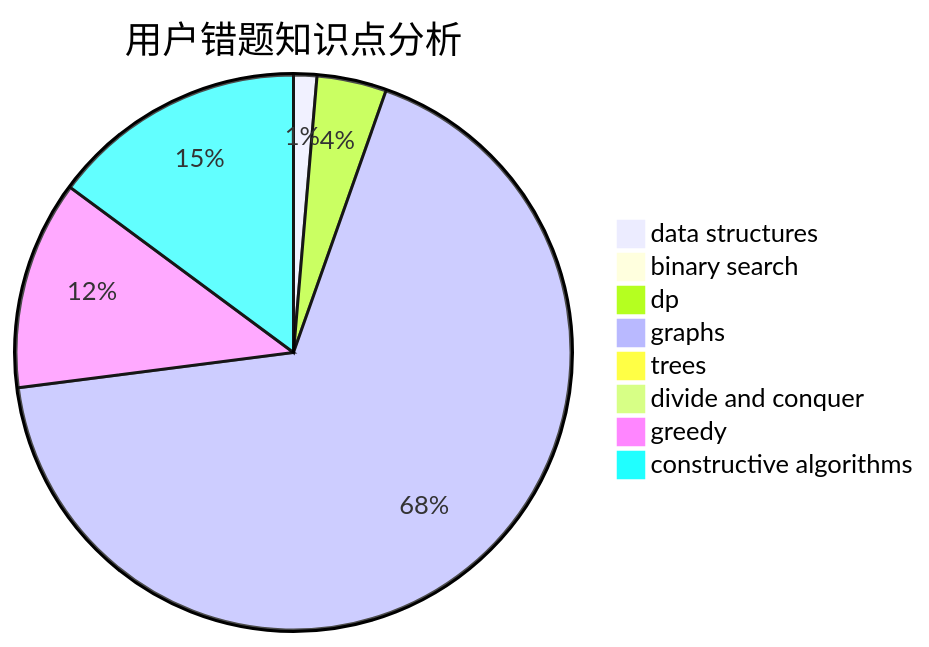
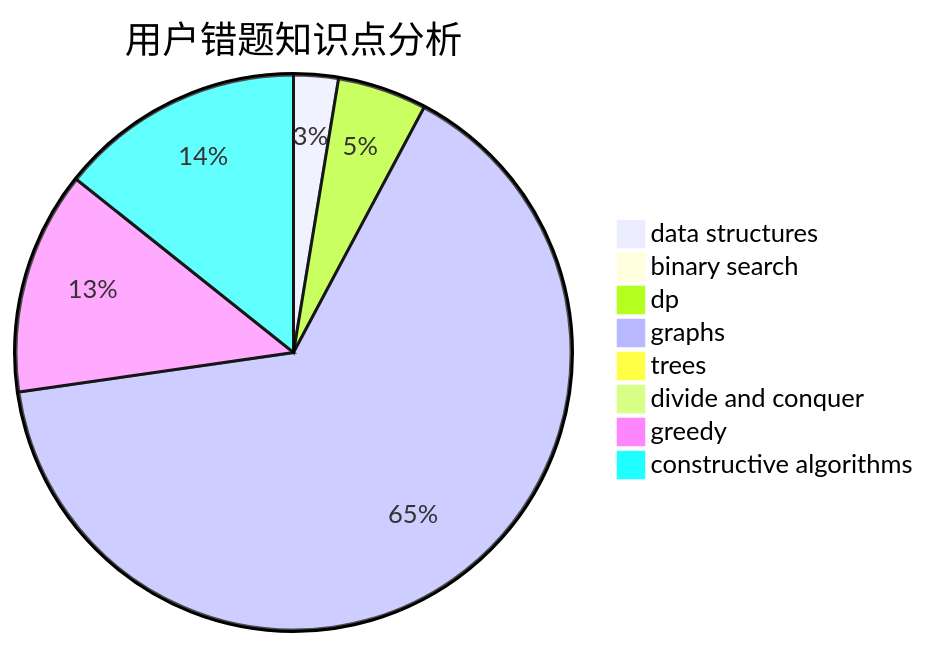
Before and after one commit to sherpahu/cfrs.github.io: the third of 3 diagrams in docs/user/u92.md, drawn with Mermaid. The commit also changed other lines of this file and 2770 other files, not shown here.

````diff
--- a/docs/user/u92.md
+++ b/docs/user/u92.md
@@ -36,11 +36,11 @@
 ```mermaid
 pie title 用户错题知识点分析
-    "data structures" :  1
+    "data structures" :  2
     "binary search" :  0
-    "dp" :  3
+    "dp" :  4
     "graphs" :  50
     "trees" :  0
     "divide and conquer" :  0
-    "greedy" :  9
+    "greedy" :  10
     "constructive algorithms" :  11
 ```
````
